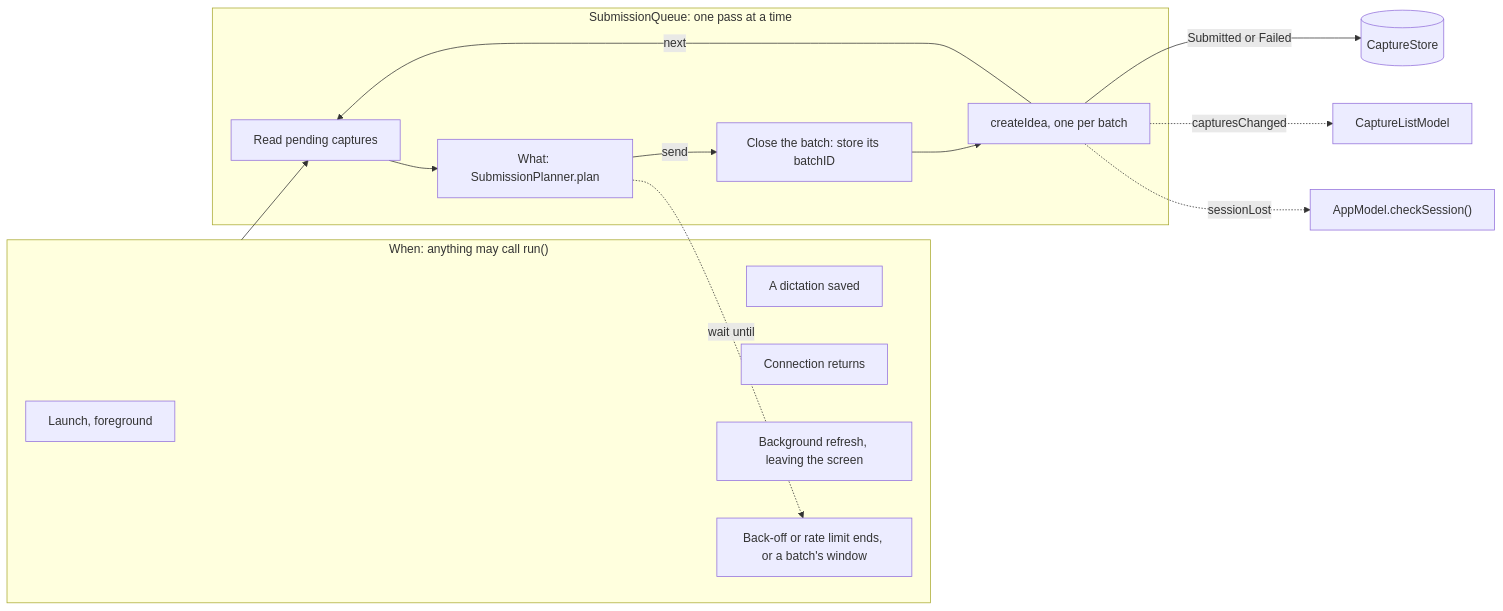
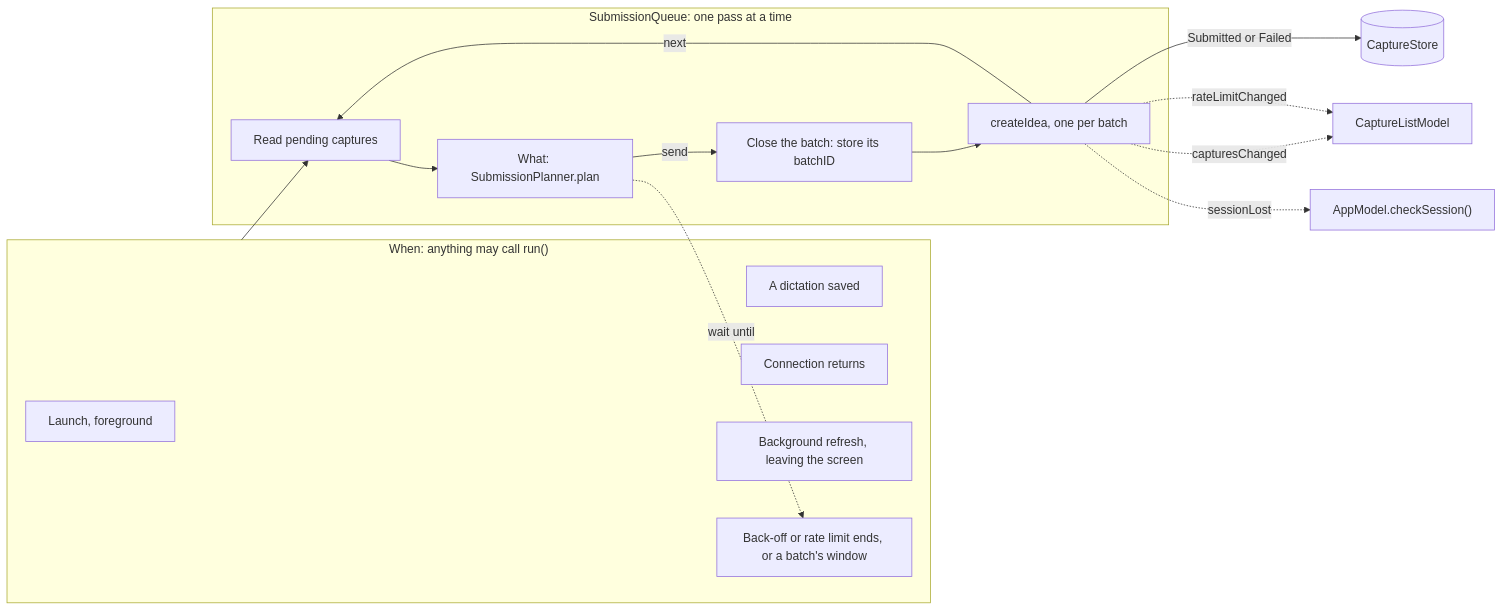
One commit to southp/buffer-snap changed the fourth of 6 diagrams in docs/architecture.md. Above: the diagram before and after it, drawn with Mermaid. The commit also changed other lines of this file and 1 other file, not shown here.

First line of the commit message:
Docs: Say what the list shows while Buffer rate limits sending

````diff
--- a/docs/architecture.md
+++ b/docs/architecture.md
@@ -154,23 +154,24 @@
 ```mermaid
 flowchart LR
     subgraph when["When: anything may call run()"]
         Launch["Launch, foreground"]
         Saved["A dictation saved"]
         Back["Connection returns"]
         Bg["Background refresh, leaving the screen"]
         Timer["Back-off or rate limit ends, or a batch's window"]
     end
     subgraph queue["SubmissionQueue: one pass at a time"]
         Read["Read pending captures"]
         Planner["What: SubmissionPlanner.plan"]
         Close["Close the batch: store its batchID"]
         Send["createIdea, one per batch"]
         Read --> Planner -->|"send"| Close --> Send
         Send -->|next| Read
     end
     when --> Read
     Send -->|"Submitted or Failed"| Store[("CaptureStore")]
     Send -.->|"capturesChanged"| List["CaptureListModel"]
     Send -.->|"sessionLost"| Check["AppModel.checkSession()"]
+    Send -.->|"rateLimitChanged"| List
     Planner -.->|"wait until"| Timer
 ```
````
